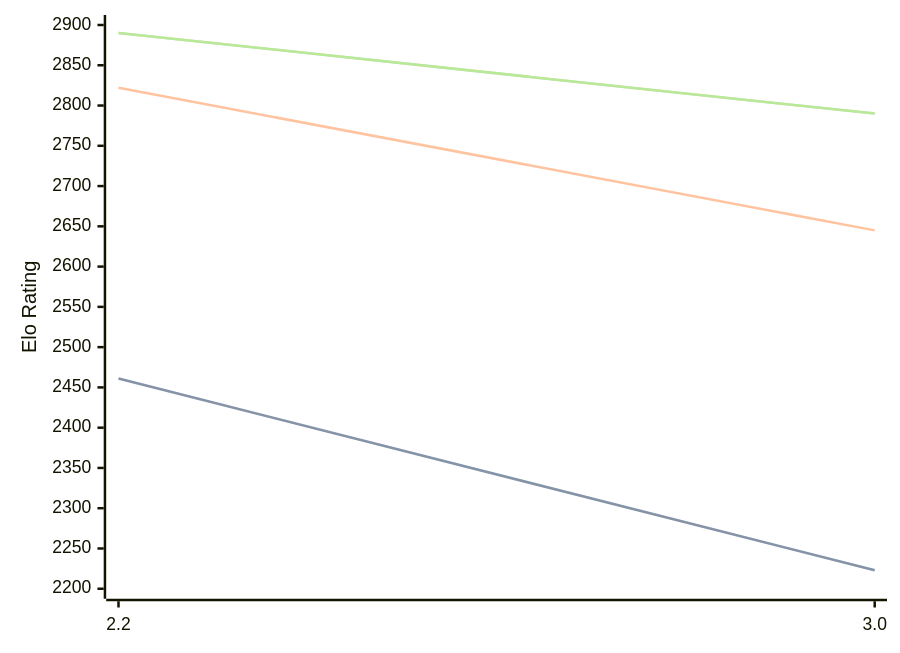
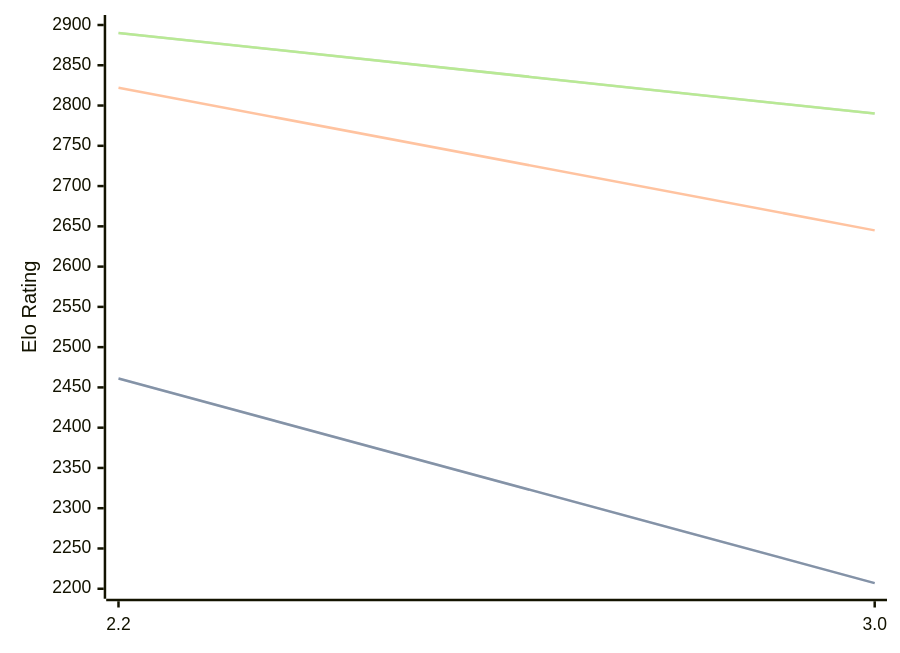
Before and after one commit to computer-chess-index/cci: the third of 3 diagrams in engines/Thrawn.md, drawn with Mermaid. The commit also changed other lines of this file, not shown here.

````diff
--- a/engines/Thrawn.md
+++ b/engines/Thrawn.md
@@ -73,11 +73,11 @@
 ```mermaid
 %%{init: {"theme":"base","themeVariables":{"seriesColors:['#a3a3a3','#222221','#faa371']}}}%%
 xychart-beta
   x-axis ["2.2", "3.0"]
   y-axis "Elo Rating" 2200 --> 2900
-  line "STC (8.0+0.08s)" [2461, 2223]
-  line "STC (8.0+0.08s)" [2461, 2223]
+  line "STC (8.0+0.08s)" [2461, 2207]
+  line "STC (8.0+0.08s)" [2461, 2207]
   line "LTC (60.0+0.60s)" [2822, 2645]
   line "VLTC (2m24s+1.12s)" [2890, 2790]
   line "VLTC (2m24s+1.12s)" [2890, 2790]
 ```
````
